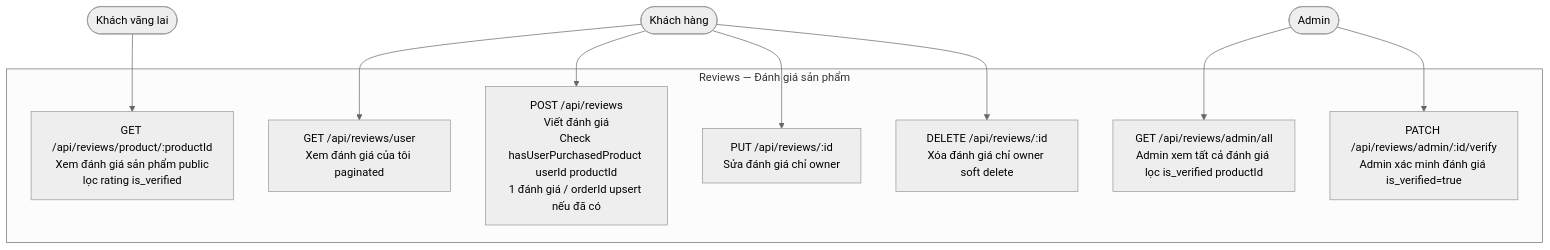
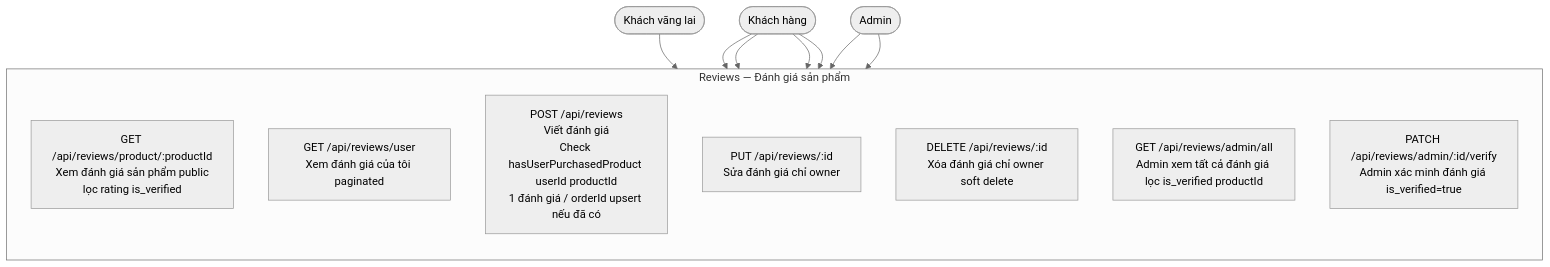
Before and after one commit to MinhThang1009/E-commerce-website: the sixth of 29 diagrams in DIAGRAMS.md, drawn with Mermaid (neutral theme). The commit also changed other lines of this file, not shown here.

````diff
--- a/DIAGRAMS.md
+++ b/DIAGRAMS.md
@@ -259,24 +269,25 @@
 ```mermaid
 flowchart TB
     Guest(["Khách vãng lai"])
     Customer(["Khách hàng"])
     Admin(["Admin"])
 
     subgraph REVIEWS["Reviews — Đánh giá sản phẩm"]
+        direction TB
         R1["GET /api/reviews/product/:productId\nXem đánh giá sản phẩm public\nlọc rating is_verified"]
         R2["GET /api/reviews/user\nXem đánh giá của tôi paginated"]
         R3["POST /api/reviews\nViết đánh giá\nCheck hasUserPurchasedProduct userId productId\n1 đánh giá / orderId upsert nếu đã có"]
         R4["PUT /api/reviews/:id\nSửa đánh giá chỉ owner"]
         R5["DELETE /api/reviews/:id\nXóa đánh giá chỉ owner soft delete"]
         R6["GET /api/reviews/admin/all\nAdmin xem tất cả đánh giá lọc is_verified productId"]
         R7["PATCH /api/reviews/admin/:id/verify\nAdmin xác minh đánh giá is_verified=true"]
     end
 
     Guest --> R1
     Customer --> R2
     Customer --> R3
     Customer --> R4
     Customer --> R5
     Admin --> R6
     Admin --> R7
 ```
````
